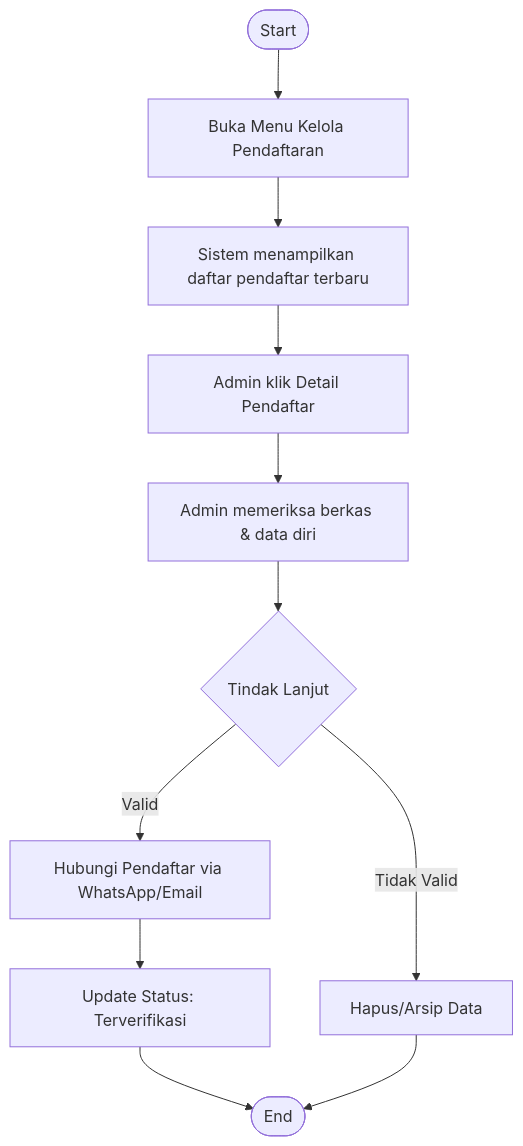
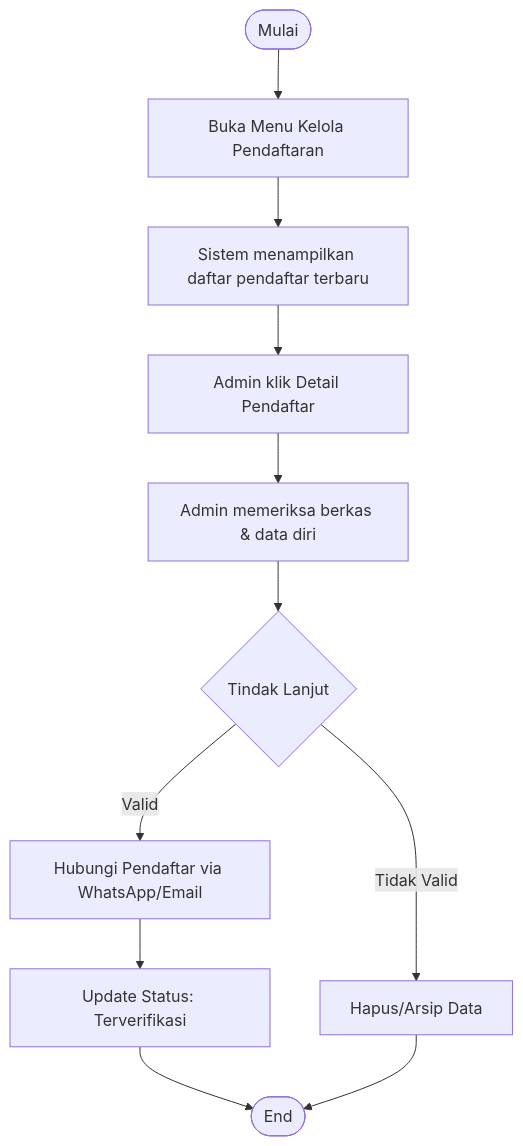
The fourth of 5 diagrams in docs/activity_diagram_admin.md (arbain-dev/Web_fikom), drawn with Mermaid before and after one commit. The commit also changed other lines of this file and 7 other files, not shown here.

Commit message:
docs: standarisasi semua awal flowchart diagram menjadi 'Mulai'

````diff
--- a/docs/activity_diagram_admin.md
+++ b/docs/activity_diagram_admin.md
@@ -92,18 +92,18 @@
 ```mermaid
 flowchart TD
-    Start([Start]) --> OpenReg[Buka Menu Kelola Pendaftaran]
+    Mulai([Mulai]) --> OpenReg[Buka Menu Kelola Pendaftaran]
     OpenReg --> ListReg[Sistem menampilkan daftar pendaftar terbaru]
     
     ListReg --> DetailReg[Admin klik Detail Pendaftar]
     DetailReg --> ReviewData[Admin memeriksa berkas & data diri]
     
     ReviewData --> Action{Tindak Lanjut}
     
     Action -- "Valid" --> Contact[Hubungi Pendaftar via WhatsApp/Email]
     Contact --> UpdateStatus[Update Status: Terverifikasi]
     
     Action -- "Tidak Valid" --> DeleteReg[Hapus/Arsip Data]
     
     UpdateStatus --> End([End])
     DeleteReg --> End
 ```
````
